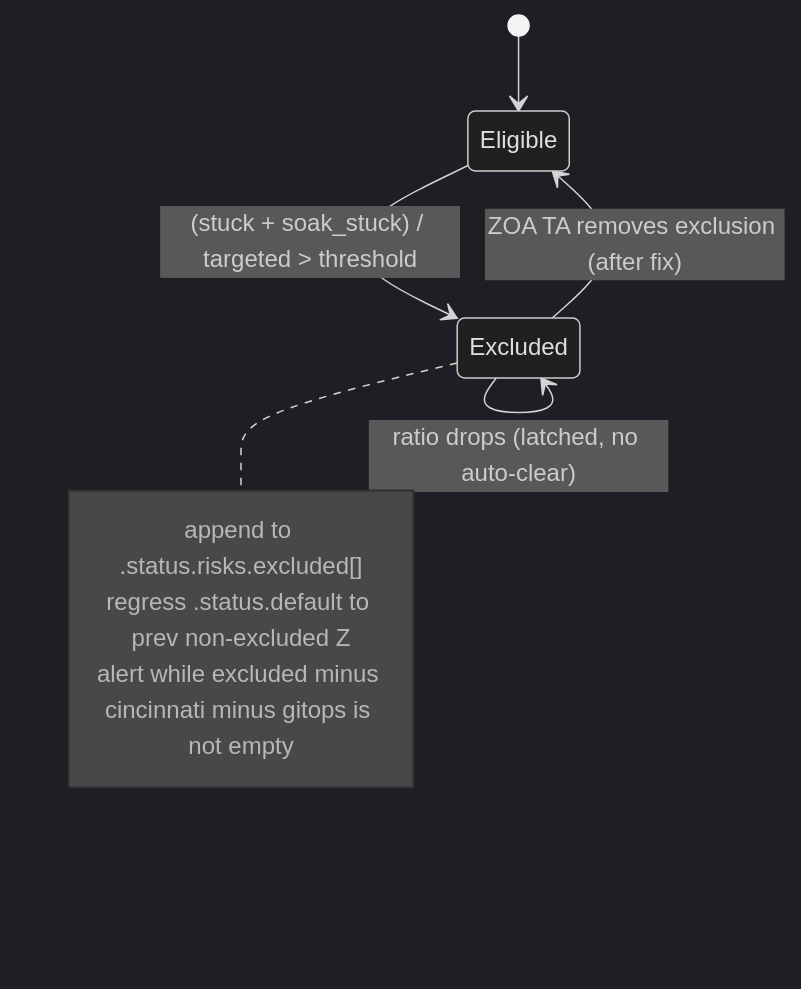
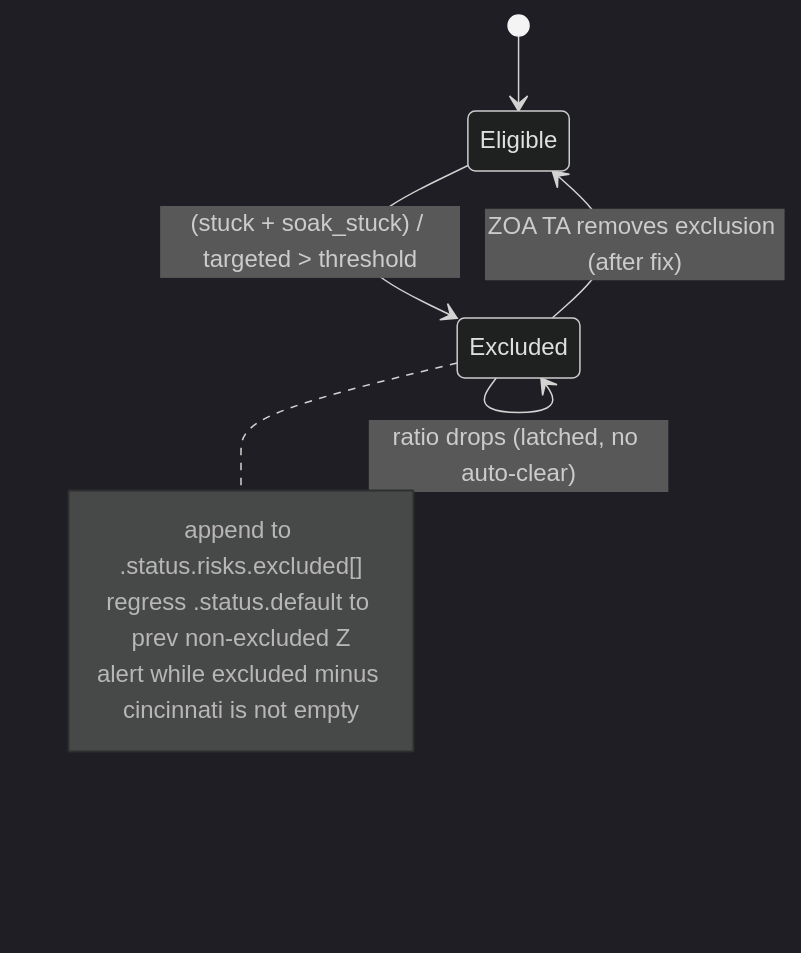
The second of 2 diagrams in docs/design/cluster-upgrades.md (openshift-online/rosa-seaplane), drawn with Mermaid (dark theme) before and after one commit. The commit also changed other lines of this file, not shown here.

````diff
--- a/docs/design/cluster-upgrades.md
+++ b/docs/design/cluster-upgrades.md
@@ -298,13 +298,13 @@
 ```mermaid
 stateDiagram-v2
     [*] --> Eligible
     Eligible --> Excluded: (stuck + soak_stuck) / targeted > threshold
     Excluded --> Excluded: ratio drops (latched, no auto-clear)
     Excluded --> Eligible: ZOA TA removes exclusion (after fix)
 
     note right of Excluded
         append to .status.risks.excluded[]
         regress .status.default to prev non-excluded Z
-        alert while excluded minus cincinnati minus gitops is not empty
+        alert while excluded minus cincinnati is not empty
     end note
 ```
````
